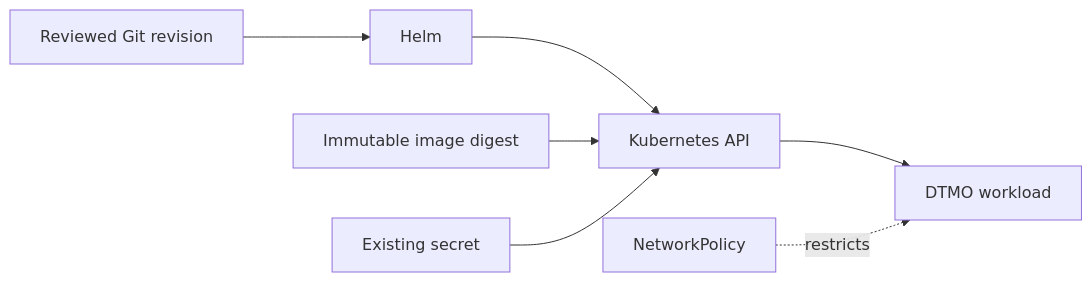
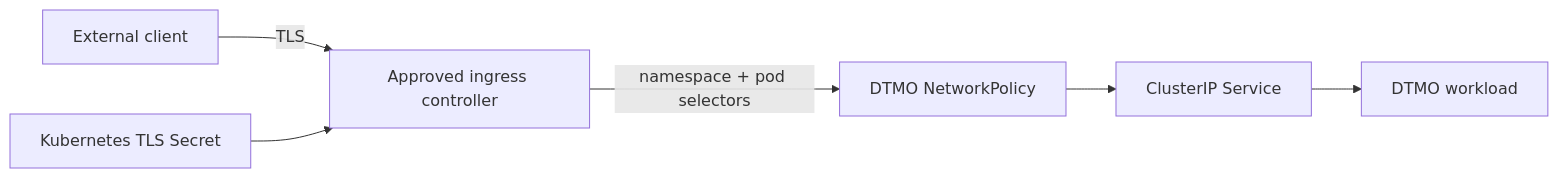
Before and after one commit to GJvManen/dtmo: the diagram in docs/project/EXECUTIVE_DECISION_VIEW.md, drawn with Mermaid. The commit also changed other lines of this file, not shown here.

````diff
--- a/docs/project/EXECUTIVE_DECISION_VIEW.md
+++ b/docs/project/EXECUTIVE_DECISION_VIEW.md
@@ -47,9 +49,8 @@
 ```mermaid
 flowchart LR
-    R[Reviewed Git revision] --> H[Helm]
-    H --> K[Kubernetes API]
-    D[Immutable image digest] --> K
-    X[Existing secret] --> K
-    K --> P[DTMO workload]
-    N[NetworkPolicy] -. restricts .-> P
+    C[External client] -->|TLS| I[Approved ingress controller]
+    T[Kubernetes TLS Secret] --> I
+    I -->|namespace + pod selectors| N[DTMO NetworkPolicy]
+    N --> S[ClusterIP Service]
+    S --> P[DTMO workload]
 ```
````
